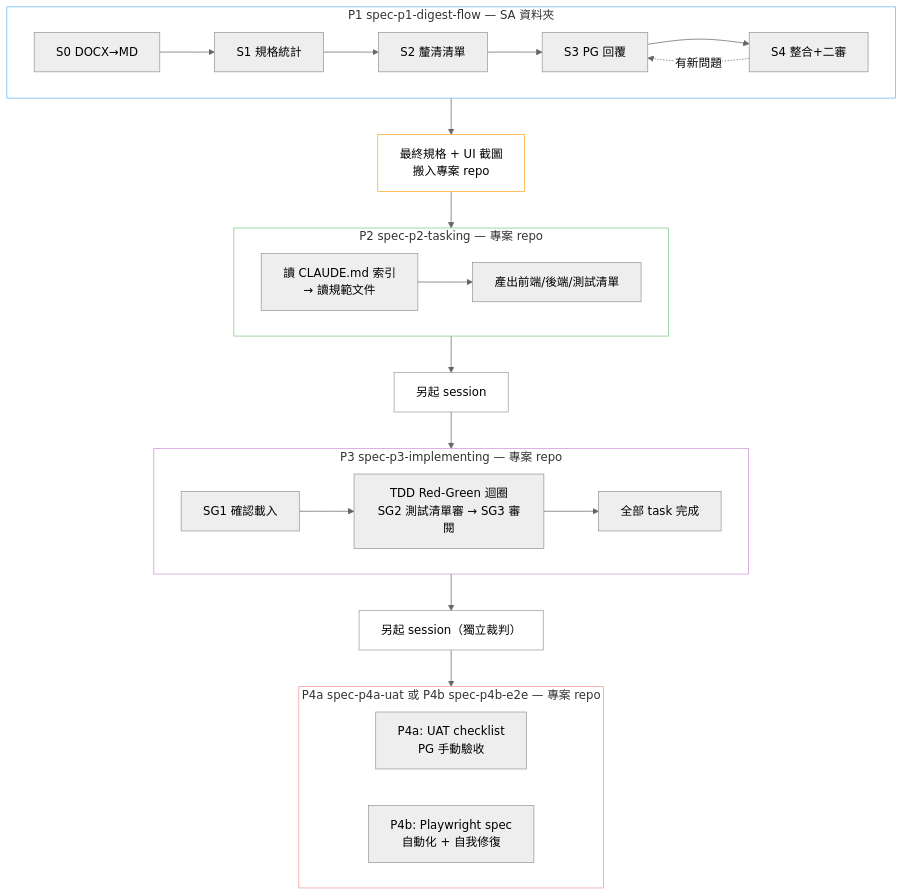
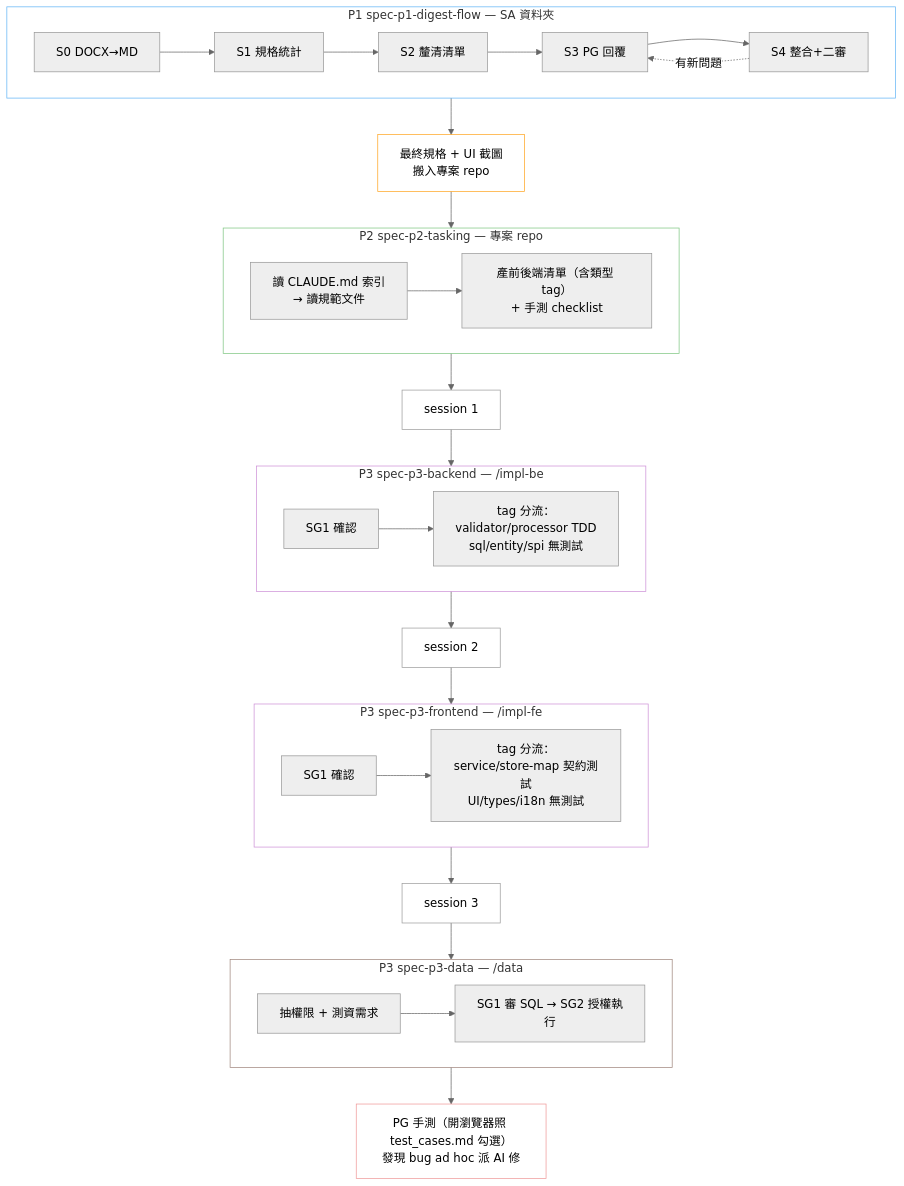
Before and after one commit to brahmsfan-soetek/AiCoding: the diagram in README.md, drawn with Mermaid (neutral theme). The commit also changed other lines of this file and 21 other files, not shown here.

````diff
--- a/README.md
+++ b/README.md
@@ -48,50 +48,64 @@
 ```mermaid
 graph TD
     subgraph P1["P1 spec-p1-digest-flow — SA 資料夾"]
         direction LR
         S0["S0 DOCX→MD"]
         S1["S1 規格統計"]
         S2["S2 釐清清單"]
         S3["S3 PG 回覆"]
         S4["S4 整合+二審"]
         S0 --> S1 --> S2 --> S3 --> S4
         S4 -.有新問題.-> S3
     end
 
     HANDOFF["最終規格 + UI 截圖<br/>搬入專案 repo"]
 
     subgraph P2["P2 spec-p2-tasking — 專案 repo"]
         direction LR
         T1["讀 CLAUDE.md 索引<br/>→ 讀規範文件"]
-        T2["產出前端/後端/測試清單"]
+        T2["產前後端清單（含類型 tag）<br/>+ 手測 checklist"]
         T1 --> T2
     end
 
-    SESSION1["另起 session"]
+    SESSION1["session 1"]
 
-    subgraph P3["P3 spec-p3-implementing — 專案 repo"]
+    subgraph P3BE["P3 spec-p3-backend — /impl-be"]
         direction LR
-        I1["SG1 確認載入"]
-        I2["TDD Red-Green 迴圈<br/>SG2 測試清單審 → SG3 審閱"]
-        I3["全部 task 完成"]
-        I1 --> I2 --> I3
+        BE1["SG1 確認"]
+        BE2["tag 分流：<br/>validator/processor TDD<br/>sql/entity/spi 無測試"]
+        BE1 --> BE2
     end
 
-    SESSION2["另起 session（獨立裁判）"]
+    SESSION2["session 2"]
 
-    subgraph P4["P4a spec-p4a-uat 或 P4b spec-p4b-e2e — 專案 repo"]
+    subgraph P3FE["P3 spec-p3-frontend — /impl-fe"]
         direction LR
-        U1["P4a: UAT checklist<br/>PG 手動驗收"]
-        U2["P4b: Playwright spec<br/>自動化 + 自我修復"]
+        FE1["SG1 確認"]
+        FE2["tag 分流：<br/>service/store-map 契約測試<br/>UI/types/i18n 無測試"]
+        FE1 --> FE2
     end
 
-    P1 --> HANDOFF --> P2 --> SESSION1 --> P3 --> SESSION2 --> P4
+    SESSION3["session 3"]
+
+    subgraph P3DATA["P3 spec-p3-data — /data"]
+        direction LR
+        D1["抽權限 + 測資需求"]
+        D2["SG1 審 SQL → SG2 授權執行"]
+        D1 --> D2
+    end
+
+    MANUAL["PG 手測（開瀏覽器照 test_cases.md 勾選）<br/>發現 bug ad hoc 派 AI 修"]
+
+    P1 --> HANDOFF --> P2 --> SESSION1 --> P3BE --> SESSION2 --> P3FE --> SESSION3 --> P3DATA --> MANUAL
 
     style P1 fill:none,stroke:#64b5f6
     style HANDOFF fill:none,stroke:#ffa726
     style P2 fill:none,stroke:#81c784
     style SESSION1 fill:none,stroke:#9e9e9e
-    style P3 fill:none,stroke:#ce93d8
+    style P3BE fill:none,stroke:#ce93d8
     style SESSION2 fill:none,stroke:#9e9e9e
-    style P4 fill:none,stroke:#ef9a9a
+    style P3FE fill:none,stroke:#ce93d8
+    style SESSION3 fill:none,stroke:#9e9e9e
+    style P3DATA fill:none,stroke:#a1887f
+    style MANUAL fill:none,stroke:#ef9a9a
 ```
````
